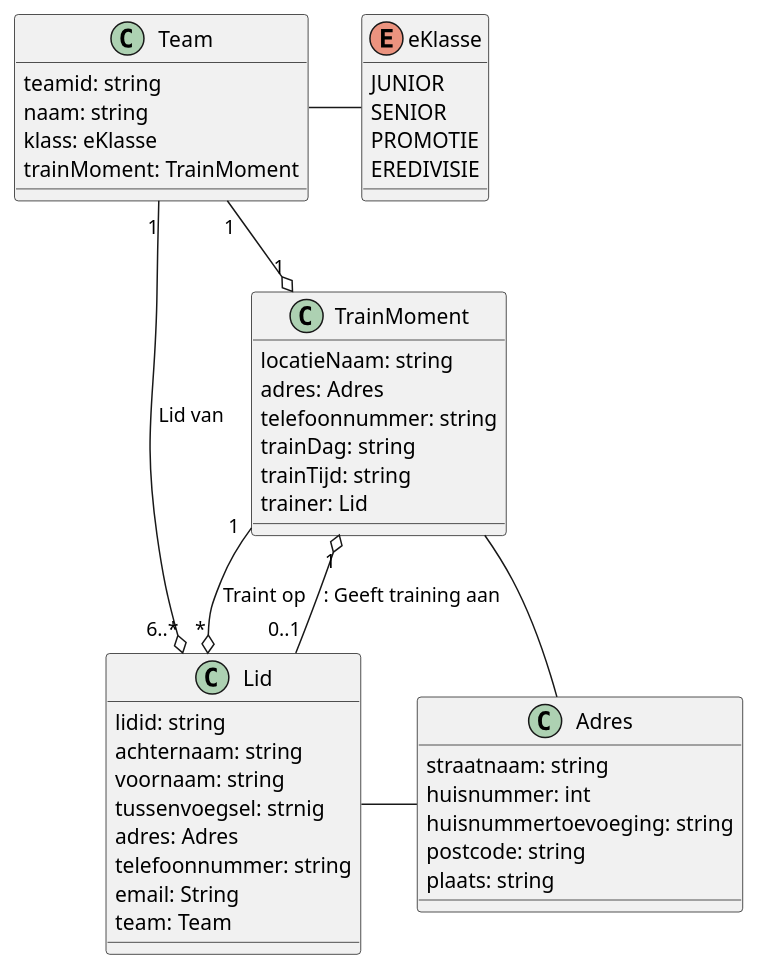
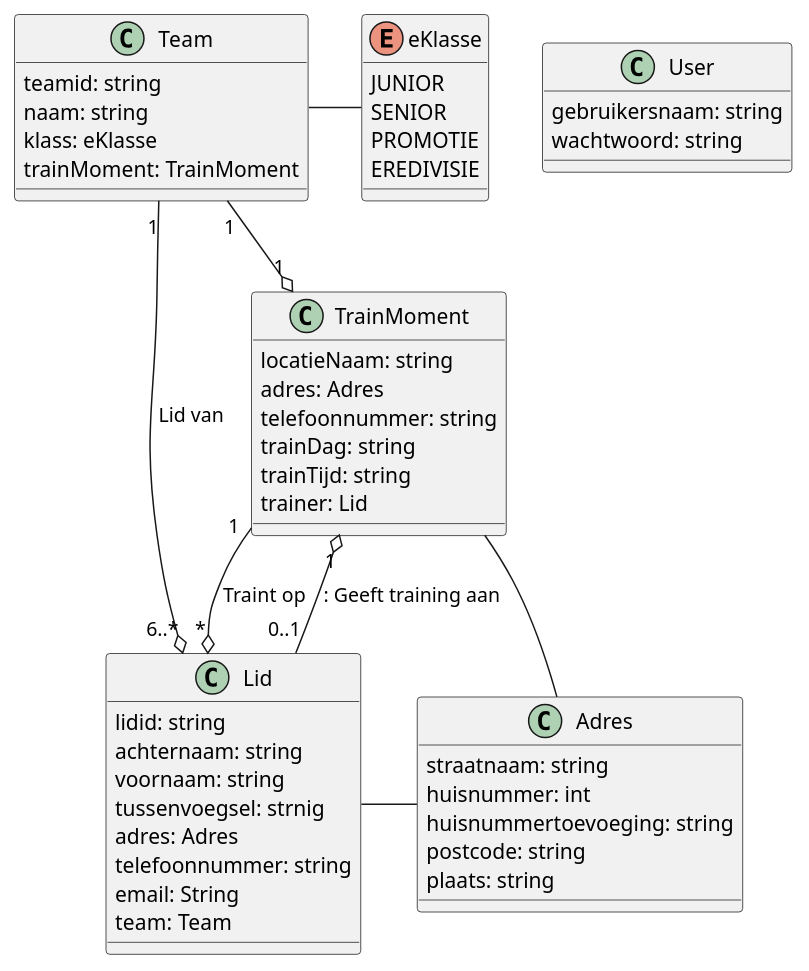
Before and after one commit to kaasszje/Zovoc-Leden-Beheer: the diagram in Docs/Zovoc-ClassDiagram.puml, drawn with PlantUML. The commit also changed 10 other files, not shown here.

```diff
--- a/Docs/Zovoc-ClassDiagram.puml
+++ b/Docs/Zovoc-ClassDiagram.puml
@@ -1,78 +1,83 @@
 @startuml
 'https://plantuml.com/class-diagram
 '!theme materia
 class Lid {
     lidid: string
     achternaam: string
     voornaam: string
     tussenvoegsel: strnig
     adres: Adres
     telefoonnummer: string
     email: String
     team: Team
 }
 
 class Team {
     teamid: string
     naam: string
     klass: eKlasse
     trainMoment: TrainMoment
 }
 
 class Adres {
     straatnaam: string
     huisnummer: int
     huisnummertoevoeging: string
     postcode: string
     plaats: string
 }
 
 class TrainMoment {
     locatieNaam: string
     adres: Adres
     telefoonnummer: string
     trainDag: string
     trainTijd: string
     trainer: Lid
 }
 
 enum eKlasse {
     JUNIOR
       SENIOR
       PROMOTIE
       EREDIVISIE
 }
 
+class User {
+    gebruikersnaam: string
+    wachtwoord: string
+}
+
 Team - eKlasse
 Lid "6..*" o-- "1" Team : Lid van
 TrainMoment "1" --o "*" Lid : Traint op
 Lid "0..1" --o "1" TrainMoment :  : Geeft training aan
 Lid - Adres
 TrainMoment - Adres
 Team "1" --o "1" TrainMoment
 
 
 'abstract class AbstractList
 'abstract AbstractCollection
 'interface List
 'interface Collection
 '
 'List <|-- AbstractList
 'Collection <|-- AbstractCollection
 '
 'Collection <|- List
 'AbstractCollection <|- AbstractList
 'AbstractList <|-- ArrayList
 '
 'class ArrayList {
 'Object[] elementData
 'size()
 '}
 '
 'enum TimeUnit {
 'DAYS
 'HOURS
 'MINUTES
 '}
 
 @enduml
```
